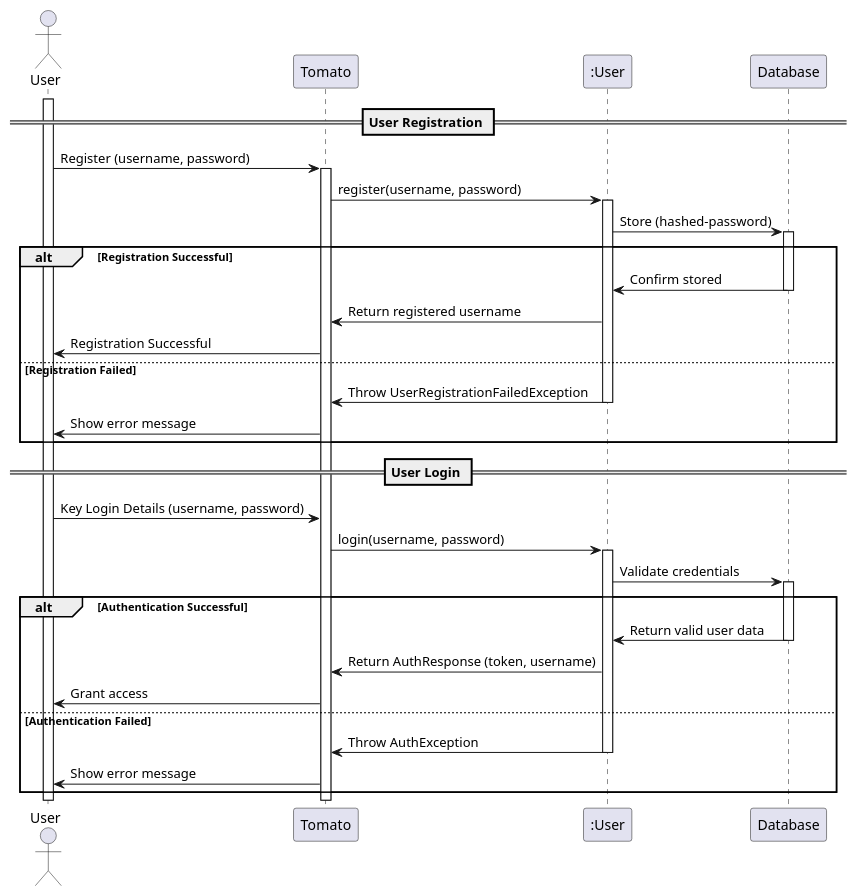
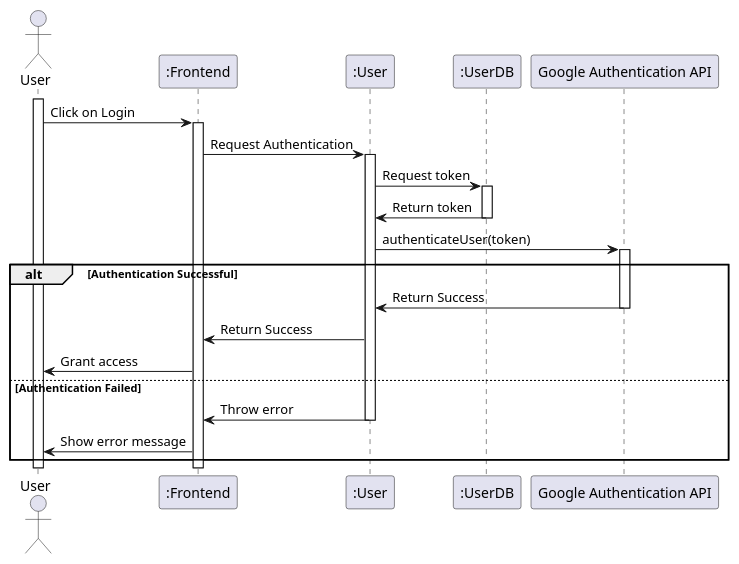
The diagram in plantUML/authenticate_user.puml (xuantungbrian/Tomato), drawn with PlantUML before and after one commit. The commit also changed 11 other files, not shown here.

Commit message:
Update Sequence Diagrams

```diff
--- a/plantUML/authenticate_user.puml
+++ b/plantUML/authenticate_user.puml
@@ -1,45 +1,32 @@
 @startuml
 
 ' Sequence Diagram: User Authentication
 actor User
-participant "Tomato" as App
-participant ":User" as AuthService
-participant "Database" as DB
+participant ":Frontend" as App
+participant ":User" as UserClass
+participant ":UserDB" as UserDB
+participant "Google Authentication API" as Google
 
-== User Registration ==
 activate User
-User -> App: Register (username, password)
+User -> App: Click on Login
 activate App
-App -> AuthService: register(username, password)
-activate AuthService
-AuthService -> DB: Store (hashed-password)
-activate DB
-alt Registration Successful
-    DB -> AuthService: Confirm stored
-    deactivate DB
-    AuthService -> App: Return registered username
-    App -> User: Registration Successful
-else Registration Failed
-    AuthService -> App: Throw UserRegistrationFailedException
-    deactivate AuthService
-    App -> User: Show error message
-end
-
-== User Login ==
-User -> App: Key Login Details (username, password)
-App -> AuthService: login(username, password)
-activate AuthService
-AuthService -> DB: Validate credentials
-activate DB
+App->UserClass: Request Authentication
+activate UserClass
+UserClass -> UserDB: Request token
+activate UserDB
+UserDB -> UserClass: Return token
+deactivate UserDB
+UserClass -> Google: authenticateUser(token)
+activate Google
 alt Authentication Successful
-    DB -> AuthService: Return valid user data
-    deactivate DB
-    AuthService -> App: Return AuthResponse (token, username)
+    Google -> UserClass: Return Success
+    deactivate Google
+    UserClass -> App: Return Success
     App -> User: Grant access
 else Authentication Failed
-    AuthService -> App: Throw AuthException
-    deactivate AuthService
+    UserClass -> App: Throw error
+    deactivate UserClass
     App -> User: Show error message
 end
 
 @enduml
```
